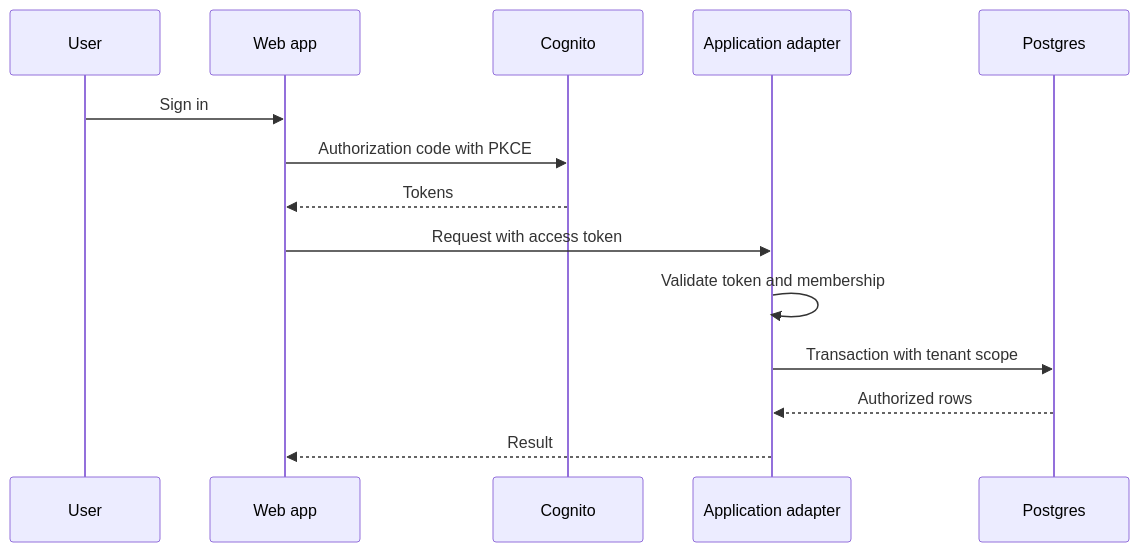
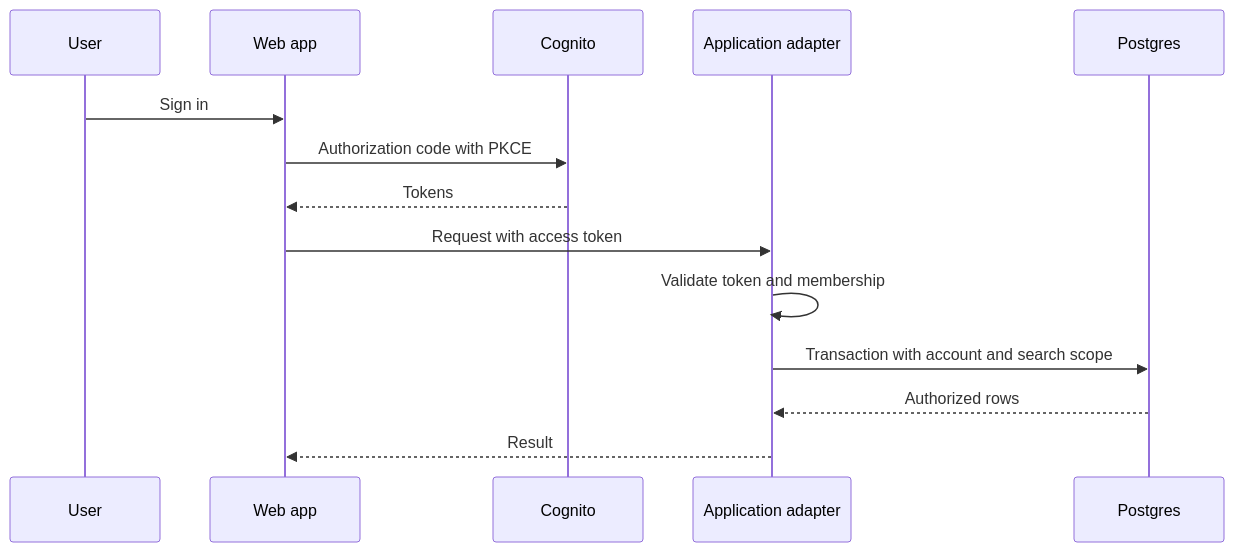
One commit to robsgreen/property-focus changed diagram 26 of 30 in specs/property-focus/master-plan.md. Above: the diagram before and after it, drawn with Mermaid. The commit also changed other lines of this file and 1 other file, not shown here.

````diff
--- a/specs/property-focus/master-plan.md
+++ b/specs/property-focus/master-plan.md
@@ -562,16 +604,16 @@
 ```mermaid
 sequenceDiagram
     participant User as User
     participant Web as Web app
     participant Cognito as Cognito
     participant API as Application adapter
     participant DB as Postgres
     User->>Web: Sign in
     Web->>Cognito: Authorization code with PKCE
     Cognito-->>Web: Tokens
     Web->>API: Request with access token
     API->>API: Validate token and membership
-    API->>DB: Transaction with tenant scope
+    API->>DB: Transaction with account and search scope
     DB-->>API: Authorized rows
     API-->>Web: Result
 ```
````
